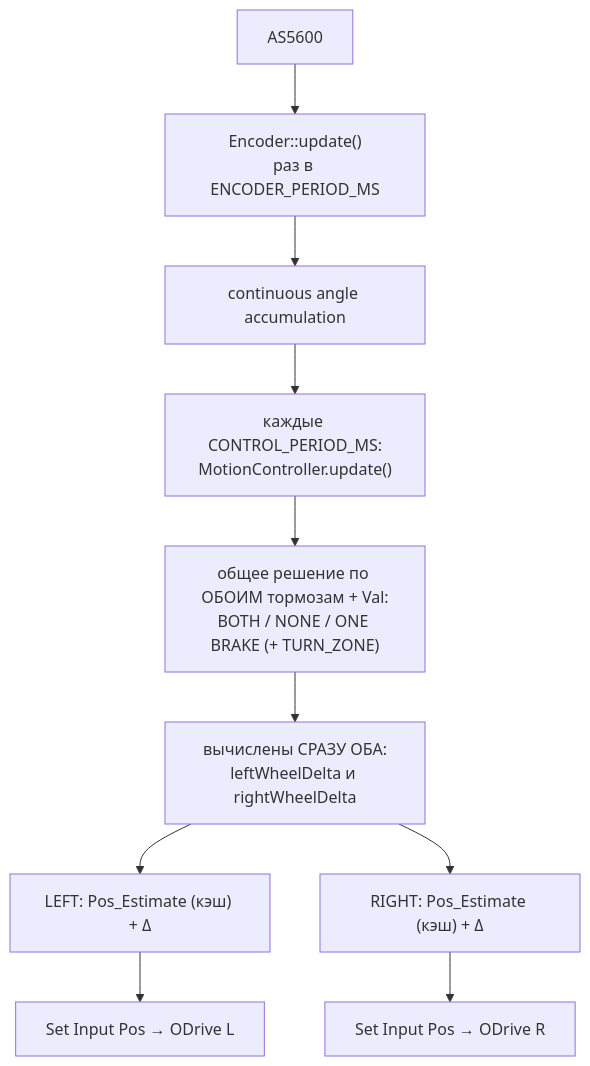
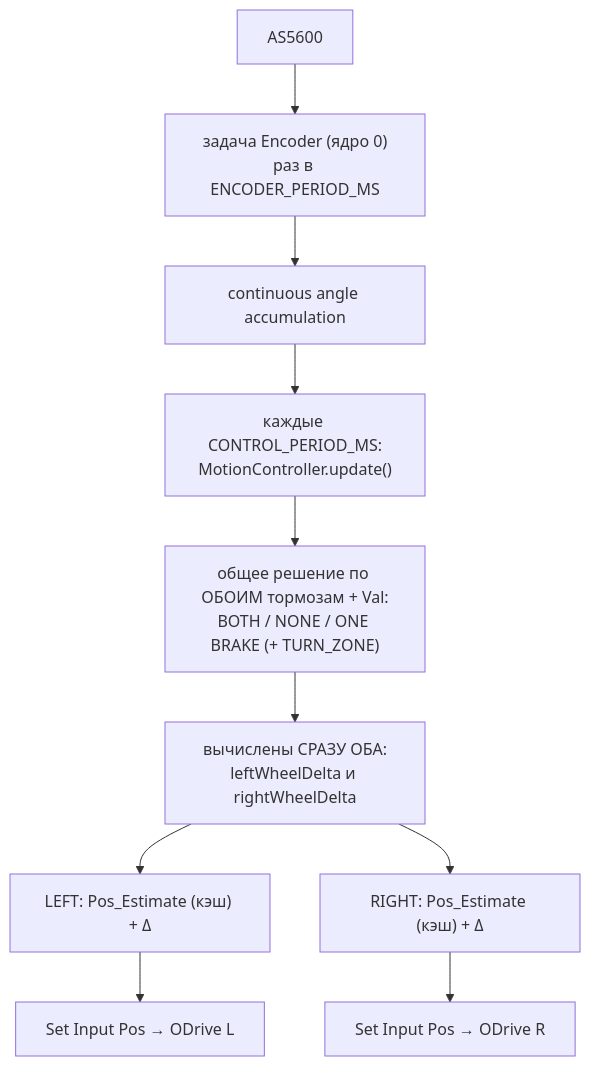
Before and after one commit to Dvijtech/ellic: the diagram in firmware/ESP32ELLIC/MAIN/ELLIC_spec.md, drawn with Mermaid. The commit also changed other lines of this file and 13 other files, not shown here.

````diff
--- a/firmware/ESP32ELLIC/MAIN/ELLIC_spec.md
+++ b/firmware/ESP32ELLIC/MAIN/ELLIC_spec.md
@@ -53,12 +53,12 @@
 ```mermaid
 flowchart TD
-    AS5600 --> ENC["Encoder::update()<br/>раз в ENCODER_PERIOD_MS"]
+    AS5600 --> ENC["задача Encoder (ядро 0)<br/>раз в ENCODER_PERIOD_MS"]
     ENC --> ACC[continuous angle accumulation]
     ACC --> MC["каждые CONTROL_PERIOD_MS:<br/>MotionController.update()"]
     MC --> DEC["общее решение по ОБОИМ тормозам + Val:<br/>BOTH / NONE / ONE BRAKE (+ TURN_ZONE)"]
     DEC --> BOTH["вычислены СРАЗУ ОБА:<br/>leftWheelDelta и rightWheelDelta"]
     BOTH --> LEFT["LEFT: Pos_Estimate (кэш) + Δ"]
     BOTH --> RIGHT["RIGHT: Pos_Estimate (кэш) + Δ"]
     LEFT --> LP["Set Input Pos → ODrive L"]
     RIGHT --> RP["Set Input Pos → ODrive R"]
 ```
````
